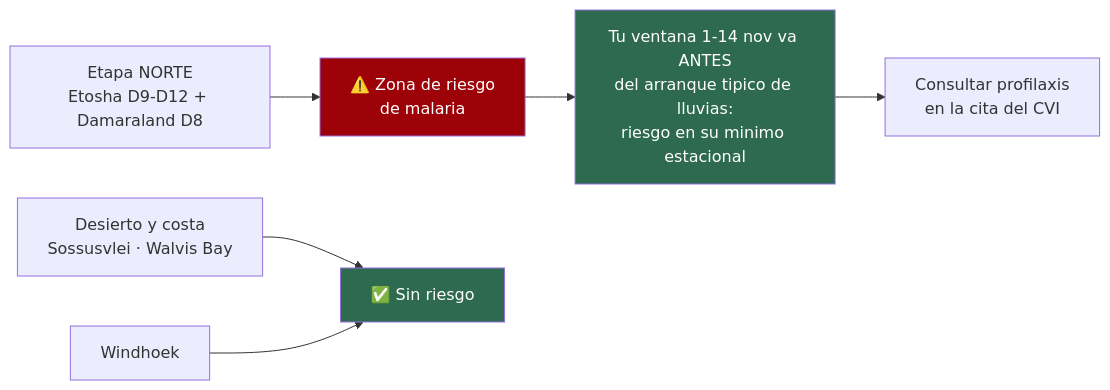
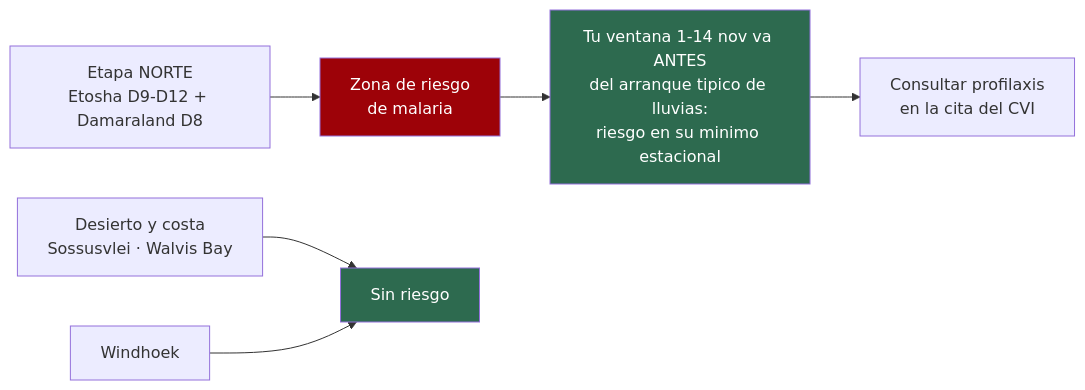
Before and after one commit to morandeirachema/namibia: the second of 7 diagrams in 04-guia-preparacion.md, drawn with Mermaid. The commit also changed other lines of this file and 14 other files, not shown here.

Commit message:
Arreglar el renderizado de los diagramas en GitHub: fuera emojis, negritas y barras ASCII de dentro de los nodos, que descuadraban la medida y recortaban el texto

````diff
--- a/04-guia-preparacion.md
+++ b/04-guia-preparacion.md
@@ -68,11 +68,11 @@
 ```mermaid
 flowchart LR
-    N["Etapa NORTE<br/>Etosha D9-D12 + Damaraland D8"] --> R["⚠️ Zona de riesgo<br/>de malaria"]
-    S["Desierto y costa<br/>Sossusvlei · Walvis Bay"] --> NR["✅ Sin riesgo"]
+    N["Etapa NORTE<br/>Etosha D9-D12 + Damaraland D8"] --> R["Zona de riesgo<br/>de malaria"]
+    S["Desierto y costa<br/>Sossusvlei · Walvis Bay"] --> NR["Sin riesgo"]
     W["Windhoek"] --> NR
     R --> T["Tu ventana 1-14 nov va ANTES<br/>del arranque tipico de lluvias:<br/>riesgo en su minimo estacional"]
     T --> P["Consultar profilaxis<br/>en la cita del CVI"]
     style R fill:#9d0208,color:#fff
     style NR fill:#2d6a4f,color:#fff
     style T fill:#2d6a4f,color:#fff
 ```
````
